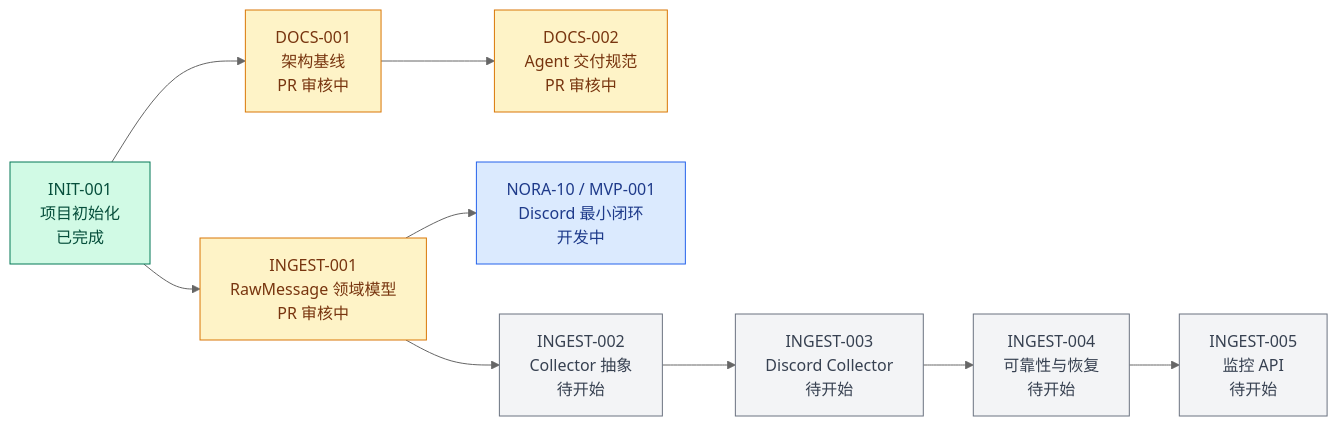
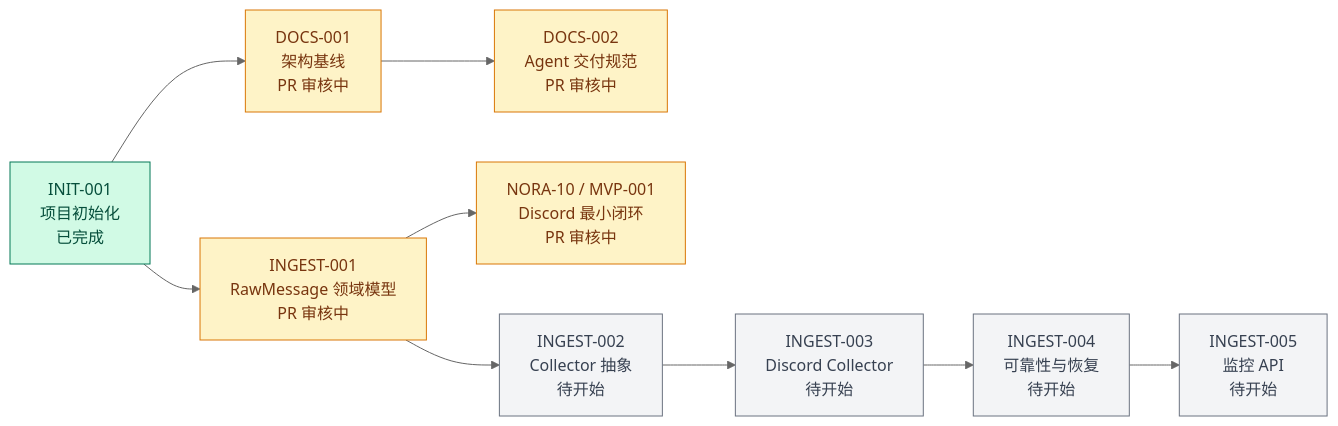
The first of 2 diagrams in docs/PROJECT_STATUS.md (norafu-dev/ai-trading), drawn with Mermaid (neutral theme) before and after one commit. The commit also changed other lines of this file and 1 other file, not shown here.

Commit message:
docs: record NORA-10 pull request status

````diff
--- a/docs/PROJECT_STATUS.md
+++ b/docs/PROJECT_STATUS.md
@@ -36,26 +36,25 @@
 ```mermaid
 flowchart LR
     INIT["INIT-001<br/>项目初始化<br/>已完成"]
     DOCS1["DOCS-001<br/>架构基线<br/>PR 审核中"]
     INGEST1["INGEST-001<br/>RawMessage 领域模型<br/>PR 审核中"]
     DOCS2["DOCS-002<br/>Agent 交付规范<br/>PR 审核中"]
-    MVP1["NORA-10 / MVP-001<br/>Discord 最小闭环<br/>开发中"]
+    MVP1["NORA-10 / MVP-001<br/>Discord 最小闭环<br/>PR 审核中"]
     INGEST2["INGEST-002<br/>Collector 抽象<br/>待开始"]
     INGEST3["INGEST-003<br/>Discord Collector<br/>待开始"]
     INGEST4["INGEST-004<br/>可靠性与恢复<br/>待开始"]
     INGEST5["INGEST-005<br/>监控 API<br/>待开始"]
 
     INIT --> INGEST1 --> INGEST2 --> INGEST3 --> INGEST4 --> INGEST5
     INGEST1 --> MVP1
     INIT --> DOCS1 --> DOCS2
 
     classDef done fill:#d1fae5,stroke:#047857,color:#064e3b;
     classDef review fill:#fef3c7,stroke:#d97706,color:#78350f;
     classDef pending fill:#f3f4f6,stroke:#6b7280,color:#374151;
 
     class INIT done;
-    classDef progress fill:#dbeafe,stroke:#2563eb,color:#1e3a8a;
     class DOCS1,INGEST1,DOCS2 review;
-    class MVP1 progress;
+    class MVP1 review;
     class INGEST2,INGEST3,INGEST4,INGEST5 pending;
 ```
````
